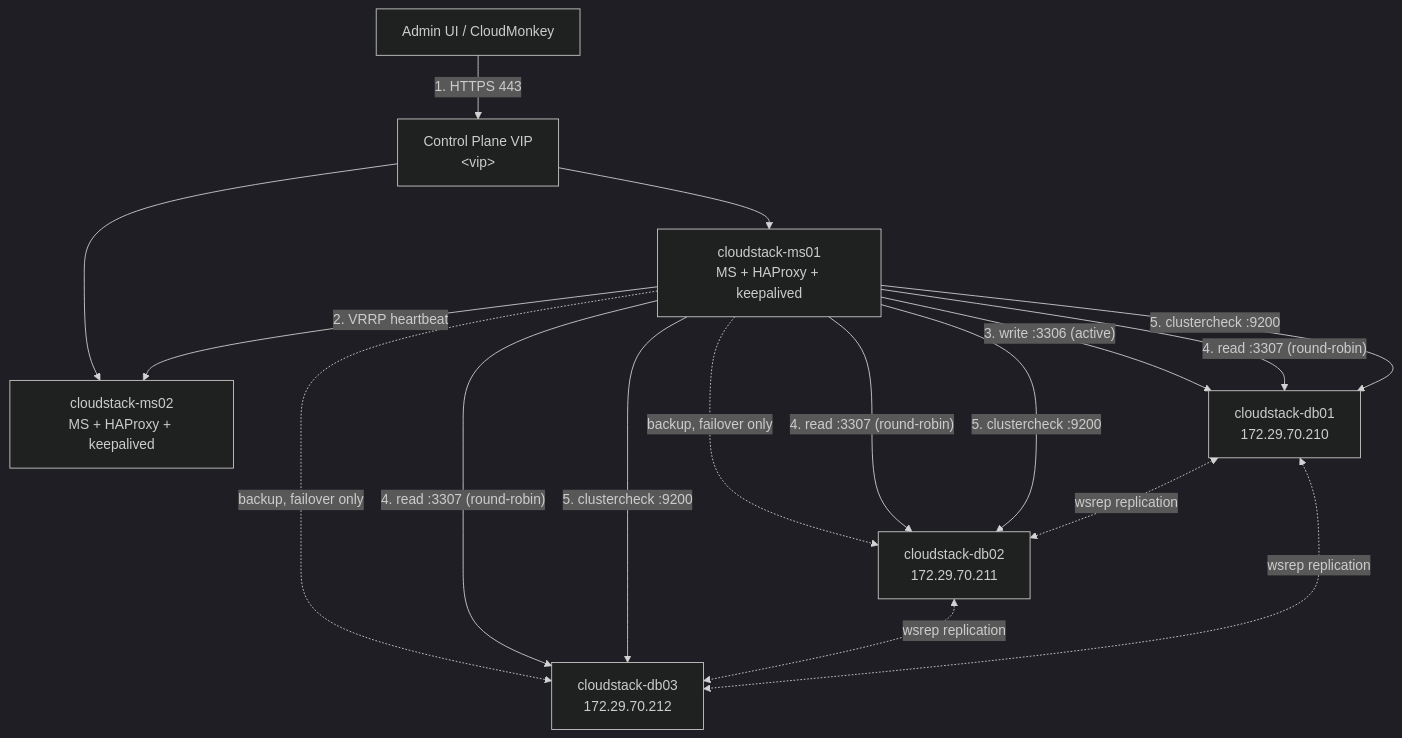
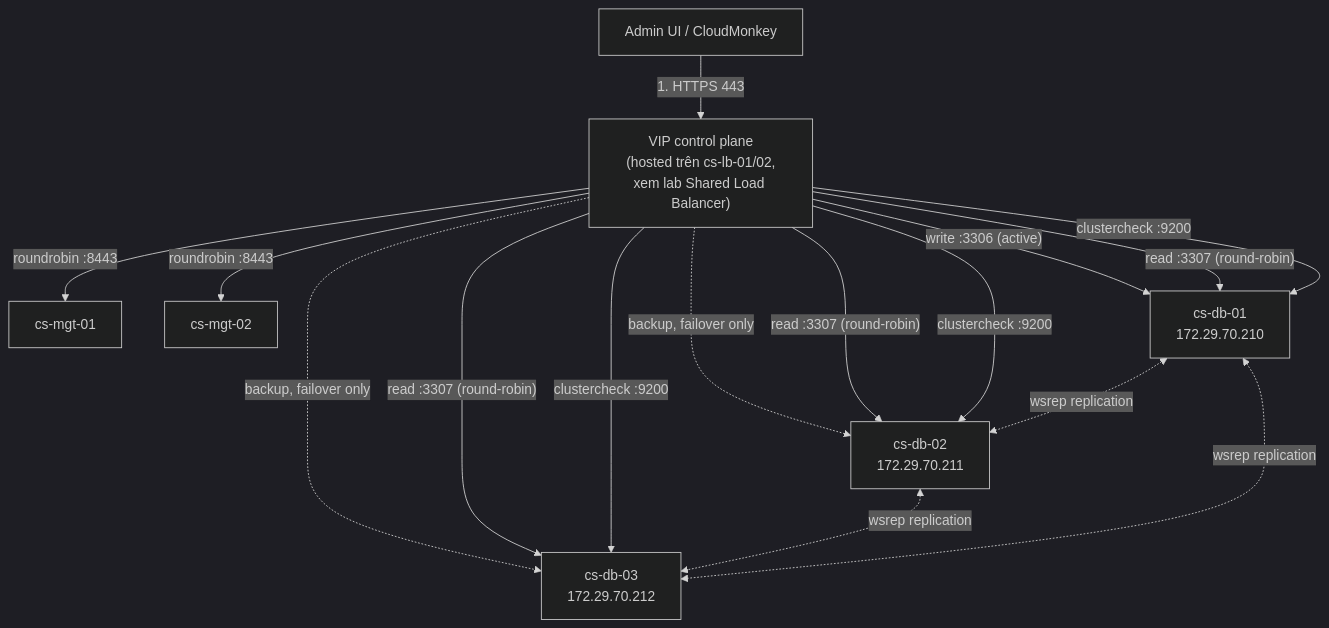
Before and after one commit to Tn9hia/technotes: the diagram in Cloud/Cloudstack/lab/CloudStack Control Plane - Triển khai Management Server HA và Galera Database.md, drawn with Mermaid (dark theme). The commit also changed other lines of this file and 41 other files, not shown here.

````diff
--- a/Cloud/Cloudstack/lab/CloudStack Control Plane - Triển khai Management Server HA và Galera Database.md
+++ b/Cloud/Cloudstack/lab/CloudStack Control Plane - Triển khai Management Server HA và Galera Database.md
@@ -67,21 +65,20 @@
 ```mermaid
 flowchart TD
-    UI[Admin UI / CloudMonkey] -- "1. HTTPS 443" --> VIP["Control Plane VIP<br/>&lt;vip&gt;"]
-    VIP --> MS1["cloudstack-ms01<br/>MS + HAProxy + keepalived"]
-    VIP --> MS2["cloudstack-ms02<br/>MS + HAProxy + keepalived"]
-    MS1 -- "2. VRRP heartbeat" --> MS2
+    UI[Admin UI / CloudMonkey] -- "1. HTTPS 443" --> VIP["VIP control plane<br/>(hosted trên cs-lb-01/02,<br/>xem lab Shared Load Balancer)"]
+    VIP -- "roundrobin :8443" --> MS1[cs-mgt-01]
+    VIP -- "roundrobin :8443" --> MS2[cs-mgt-02]
 
-    MS1 -- "3. write :3306 (active)" --> DB1
-    MS1 -. "backup, failover only" .-> DB2
-    MS1 -. "backup, failover only" .-> DB3
-    MS1 -- "4. read :3307 (round-robin)" --> DB1
-    MS1 -- "4. read :3307 (round-robin)" --> DB2
-    MS1 -- "4. read :3307 (round-robin)" --> DB3
-    MS1 -- "5. clustercheck :9200" --> DB1
-    MS1 -- "5. clustercheck :9200" --> DB2
-    MS1 -- "5. clustercheck :9200" --> DB3
+    VIP -- "write :3306 (active)" --> DB1
+    VIP -. "backup, failover only" .-> DB2
+    VIP -. "backup, failover only" .-> DB3
+    VIP -- "read :3307 (round-robin)" --> DB1
+    VIP -- "read :3307 (round-robin)" --> DB2
+    VIP -- "read :3307 (round-robin)" --> DB3
+    VIP -- "clustercheck :9200" --> DB1
+    VIP -- "clustercheck :9200" --> DB2
+    VIP -- "clustercheck :9200" --> DB3
 
-    DB1["cloudstack-db01<br/>172.29.70.210"] <-. "wsrep replication" .-> DB2["cloudstack-db02<br/>172.29.70.211"]
-    DB2 <-. "wsrep replication" .-> DB3["cloudstack-db03<br/>172.29.70.212"]
+    DB1["cs-db-01<br/>172.29.70.210"] <-. "wsrep replication" .-> DB2["cs-db-02<br/>172.29.70.211"]
+    DB2 <-. "wsrep replication" .-> DB3["cs-db-03<br/>172.29.70.212"]
     DB1 <-. "wsrep replication" .-> DB3
 ```
````
